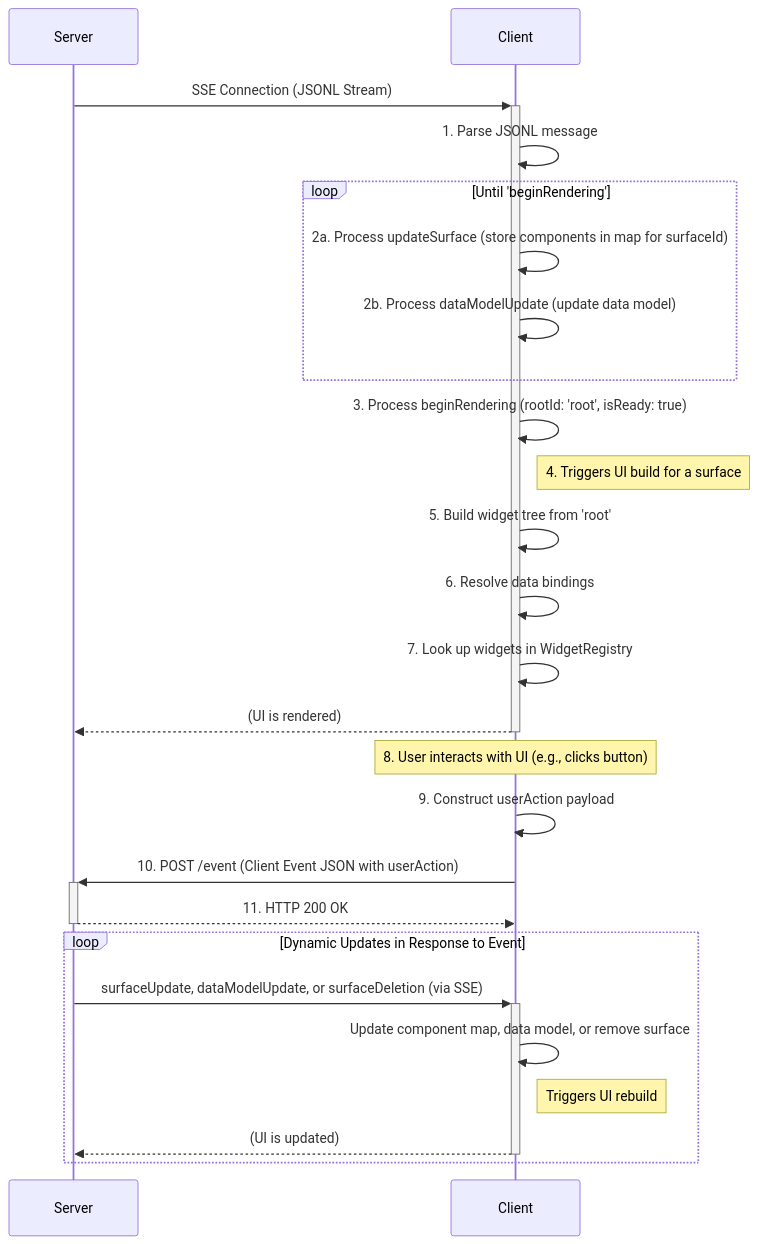
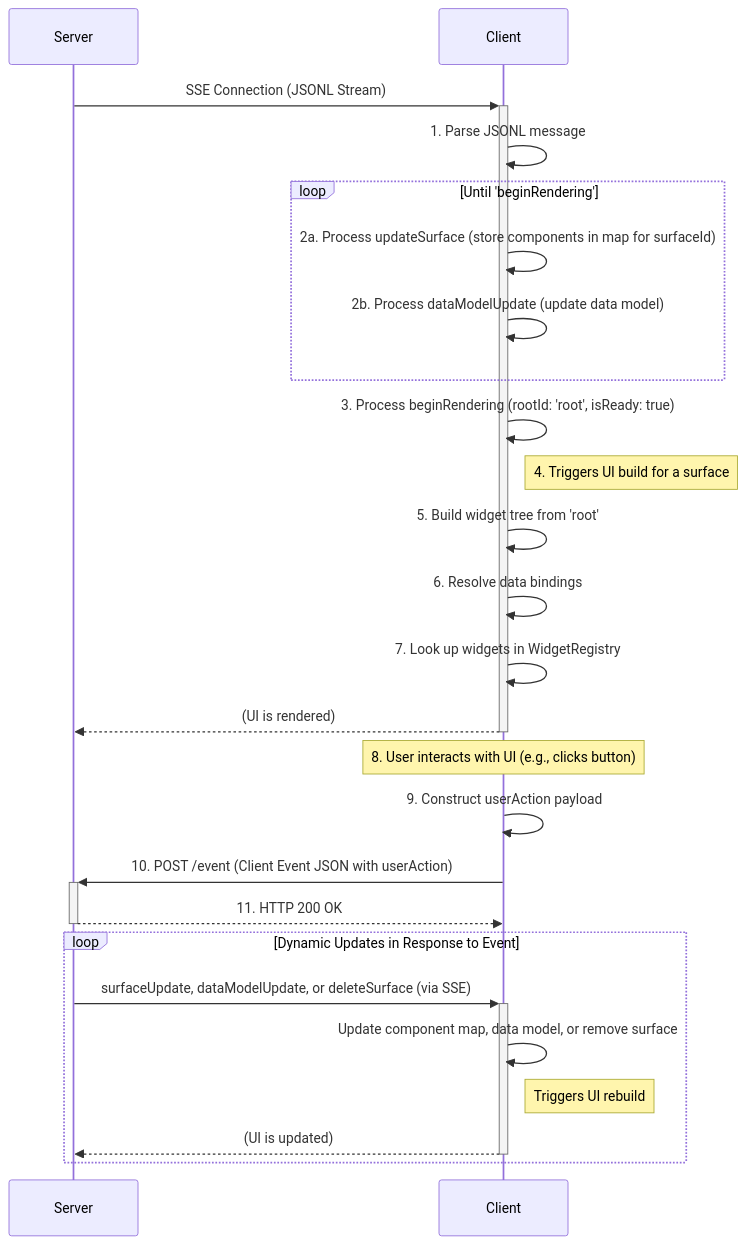
One commit to anup42/A2UI changed the first of 2 diagrams in docs/a2ui_protocol.md. Above: the diagram before and after it, drawn with Mermaid. The commit also changed other lines of this file and 8 other files, not shown here.

Commit message:
Update schema to work better with structured output (#26)

````diff
--- a/docs/a2ui_protocol.md
+++ b/docs/a2ui_protocol.md
@@ -105,30 +106,30 @@
 ```mermaid
 sequenceDiagram
     participant Server
     participant Client
 
     Server->>+Client: SSE Connection (JSONL Stream)
     Client->>Client: 1. Parse JSONL message
     loop Until 'beginRendering'
         Client->>Client: 2a. Process updateSurface (store components in map for surfaceId)
         Client->>Client: 2b. Process dataModelUpdate (update data model)
     end
     Client->>Client: 3. Process beginRendering (rootId: 'root', isReady: true)
     Note right of Client: 4. Triggers UI build for a surface
     Client->>Client: 5. Build widget tree from 'root'
     Client->>Client: 6. Resolve data bindings
     Client->>Client: 7. Look up widgets in WidgetRegistry
     Client-->>-Server: (UI is rendered)
 
     Note over Client: 8. User interacts with UI (e.g., clicks button)
     Client->>Client: 9. Construct userAction payload
     Client->>+Server: 10. POST /event (Client Event JSON with userAction)
     Server-->>-Client: 11. HTTP 200 OK
 
     loop Dynamic Updates in Response to Event
-        Server->>+Client: surfaceUpdate, dataModelUpdate, or surfaceDeletion (via SSE)
+        Server->>+Client: surfaceUpdate, dataModelUpdate, or deleteSurface (via SSE)
         Client->>Client: Update component map, data model, or remove surface
         Note right of Client: Triggers UI rebuild
         Client-->>-Server: (UI is updated)
     end
 ```
````
